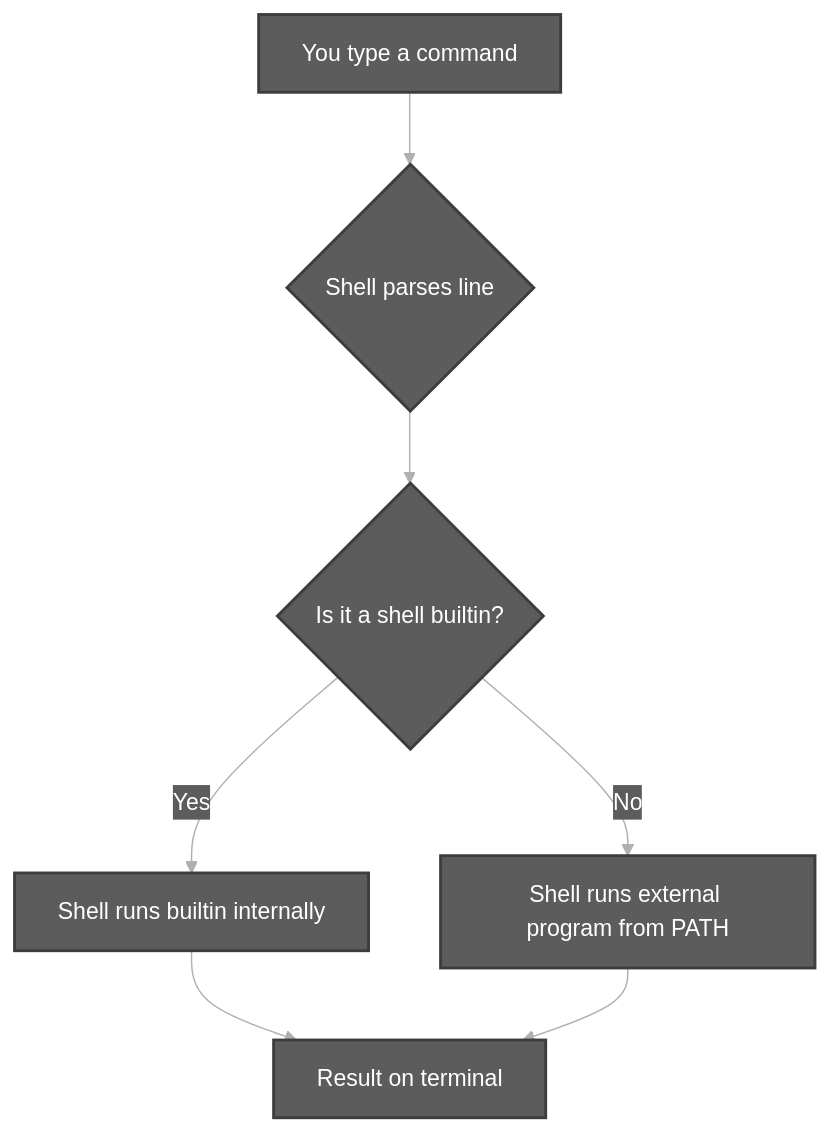
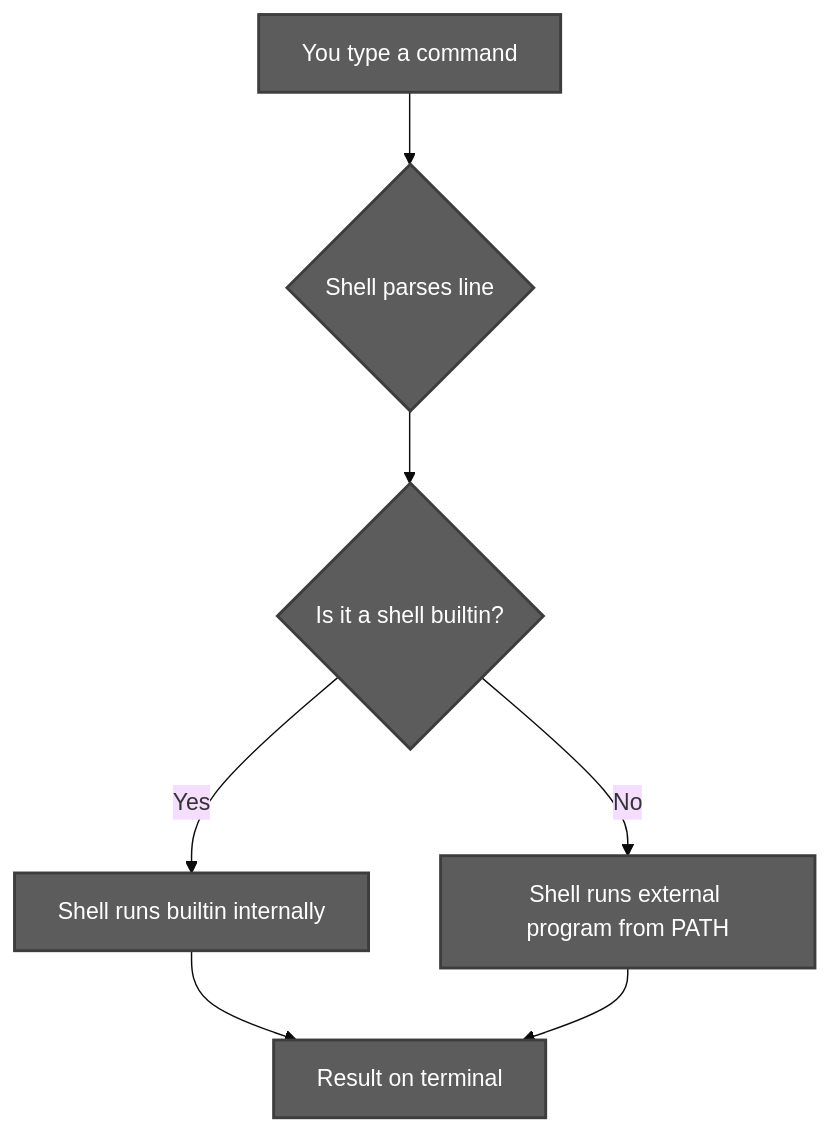
One commit to chaitussm/Linux-Basics changed the first of 2 diagrams in docs/topics/Bash Built-in Commands.md. Above: the diagram before and after it, drawn with Mermaid. The commit also changed other lines of this file and 20 other files, not shown here.

First line of the commit message:
Use orange, blue, and white Mermaid pie chart colors

````diff
--- a/docs/topics/Bash Built-in Commands.md
+++ b/docs/topics/Bash Built-in Commands.md
@@ -125,13 +125,13 @@
 ```mermaid
-%%{init: {'theme': 'base', 'themeVariables': {'primaryColor': '#5c5c5c', 'primaryTextColor': '#ffffff', 'primaryBorderColor': '#3d3d3d', 'lineColor': '#b0b0b0'}}}%%
+%%{init: {'theme': 'base', 'themeVariables': {'pie1': '#FF9800', 'pie2': '#1E88E5', 'pie3': '#FFFFFF', 'pie4': '#FF9800', 'pie5': '#1E88E5', 'pieTitleTextColor': '#212121', 'pieSectionTextColor': '#212121', 'pieStrokeColor': '#424242'}}}%%
 flowchart TB
     A["You type a command"] --> B{"Shell parses line"}
     B --> C{"Is it a shell builtin?"}
     C -->|Yes| D["Shell runs builtin internally"]
     C -->|No| E["Shell runs external program from PATH"]
     D --> F["Result on terminal"]
     E --> F
 
     classDef darkGrey fill:#5c5c5c,stroke:#3d3d3d,color:#ffffff,stroke-width:2px
     class A,B,C,D,E,F darkGrey
 ```
````
